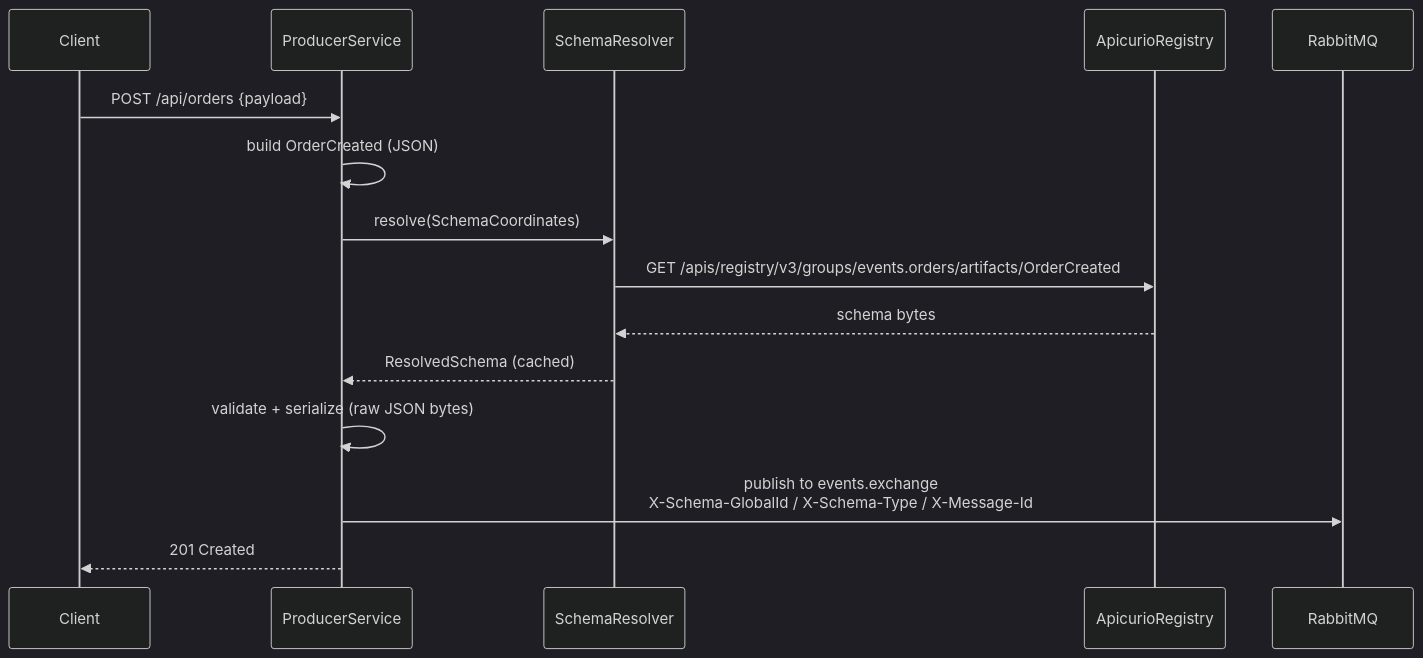
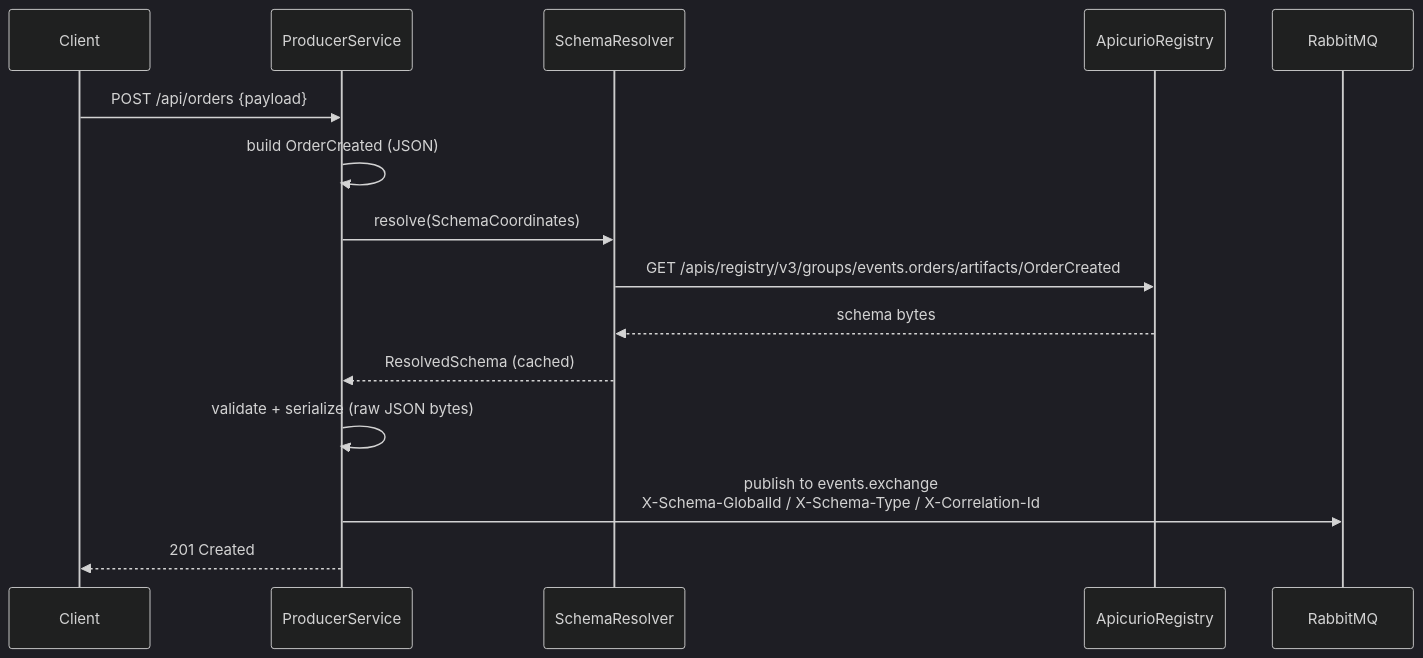
One commit to anarefin/schema-registry-demo changed the first of 4 diagrams in README.md. Above: the diagram before and after it, drawn with Mermaid (dark theme). The commit also changed other lines of this file and 29 other files, not shown here.

````diff
--- a/README.md
+++ b/README.md
@@ -192,18 +192,18 @@
 ```mermaid
 sequenceDiagram
     participant C as Client
     participant P as ProducerService
     participant R as SchemaResolver
     participant A as ApicurioRegistry
     participant MQ as RabbitMQ
 
     C->>P: POST /api/orders {payload}
     P->>P: build OrderCreated (JSON)
     P->>R: resolve(SchemaCoordinates)
     R->>A: GET /apis/registry/v3/groups/events.orders/artifacts/OrderCreated
     A-->>R: schema bytes
     R-->>P: ResolvedSchema (cached)
     P->>P: validate + serialize (raw JSON bytes)
-    P->>MQ: publish to events.exchange<br/>X-Schema-GlobalId / X-Schema-Type / X-Message-Id
+    P->>MQ: publish to events.exchange<br/>X-Schema-GlobalId / X-Schema-Type / X-Correlation-Id
     P-->>C: 201 Created
 ```
````
